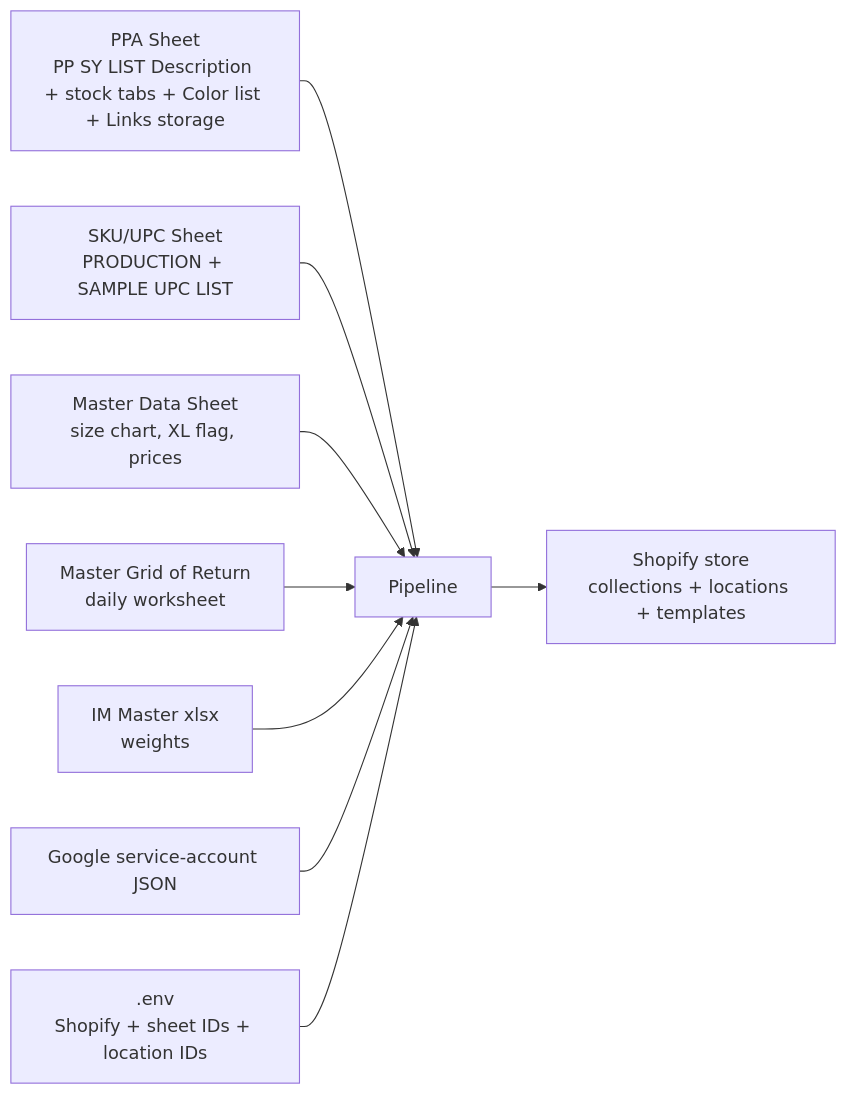
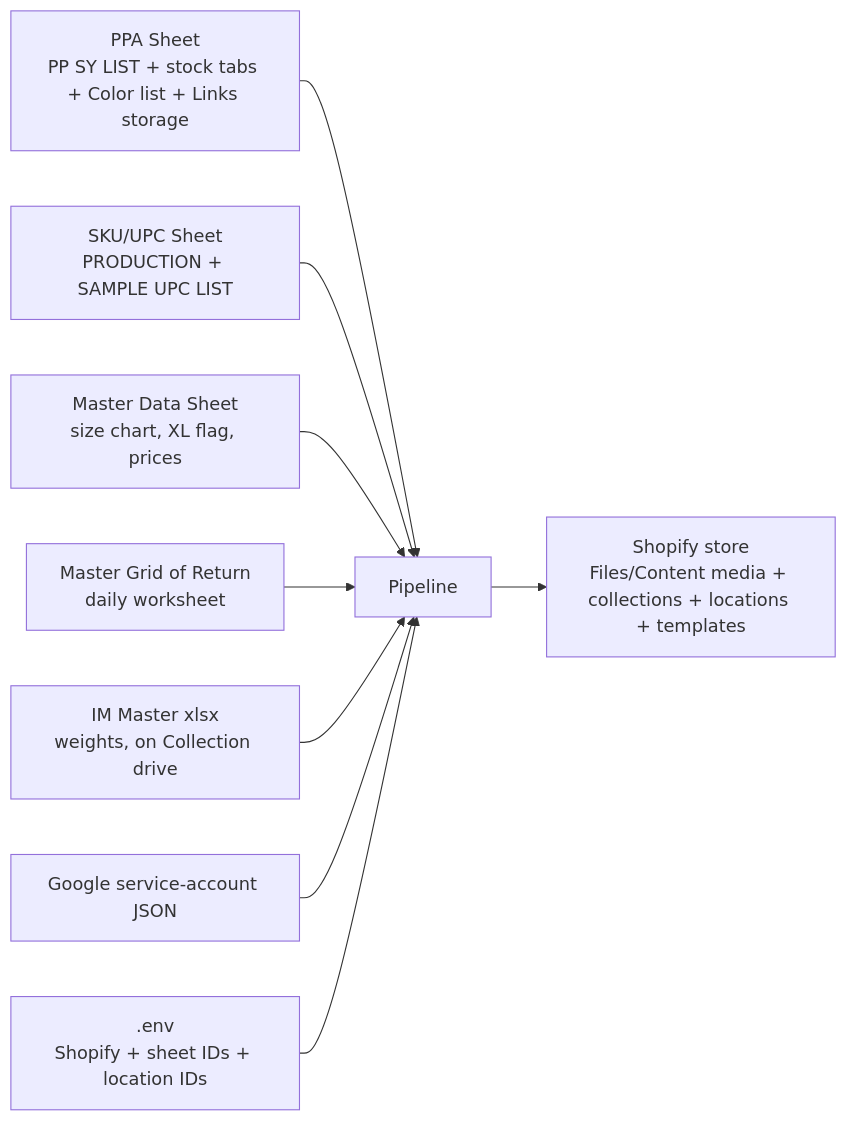
One commit to Wooden-Ships-Knits/product-page-automation changed the diagram in PPA_DATA_PREP.md. Above: the diagram before and after it, drawn with Mermaid. The commit also changed other lines of this file and 5 other files, not shown here.

````diff
--- a/PPA_DATA_PREP.md
+++ b/PPA_DATA_PREP.md
@@ -11,11 +11,11 @@
 ```mermaid
 flowchart LR
-    PPA[PPA Sheet<br/>PP SY LIST Description + stock tabs + Color list + Links storage] --> PIPE[Pipeline]
+    PPA[PPA Sheet<br/>PP SY LIST + stock tabs + Color list + Links storage] --> PIPE[Pipeline]
     UPC[SKU/UPC Sheet<br/>PRODUCTION + SAMPLE UPC LIST] --> PIPE
     MD[Master Data Sheet<br/>size chart, XL flag, prices] --> PIPE
     RET[Master Grid of Return<br/>daily worksheet] --> PIPE
-    IMX[IM Master xlsx<br/>weights] --> PIPE
+    IMX[IM Master xlsx<br/>weights, on Collection drive] --> PIPE
     SVC[Google service-account JSON] --> PIPE
     ENV[.env<br/>Shopify + sheet IDs + location IDs] --> PIPE
-    PIPE --> SHOP[Shopify store<br/>collections + locations + templates]
+    PIPE --> SHOP[Shopify store<br/>Files/Content media + collections + locations + templates]
 ```
````
